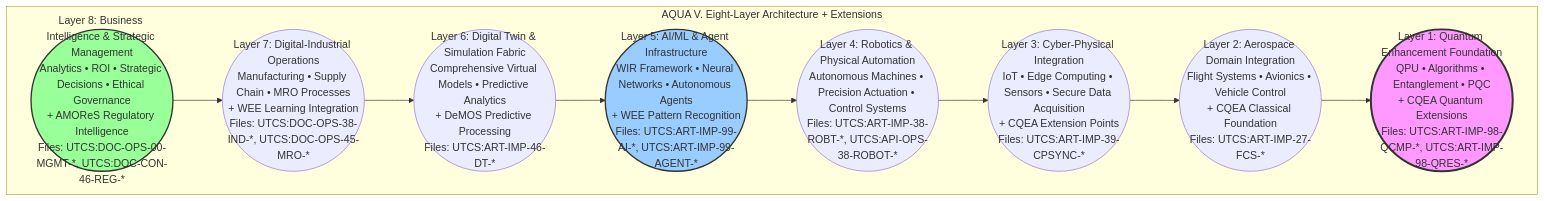
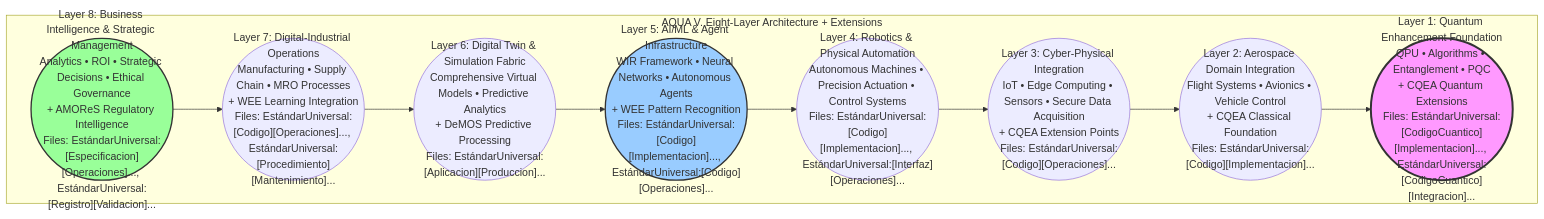
Before and after one commit to Robbbo-T/AQUA: the first of 3 diagrams in README.md, drawn with Mermaid. The commit also changed other lines of this file, not shown here.

````diff
--- a/README.md
+++ b/README.md
@@ -421,19 +422,19 @@
 ```mermaid
 graph TB
     subgraph "AQUA V. Eight-Layer Architecture + Extensions"
-        L8(("Layer 8: Business Intelligence & Strategic Management<br/>Analytics • ROI • Strategic Decisions • Ethical Governance<br/>+ AMOReS Regulatory Intelligence<br/>Files: UTCS:DOC-OPS-00-MGMT-*, UTCS:DOC-CON-46-REG-*"))
-        L7(("Layer 7: Digital-Industrial Operations<br/>Manufacturing • Supply Chain • MRO Processes<br/>+ WEE Learning Integration<br/>Files: UTCS:DOC-OPS-38-IND-*, UTCS:DOC-OPS-45-MRO-*"))
-        L6(("Layer 6: Digital Twin & Simulation Fabric<br/>Comprehensive Virtual Models • Predictive Analytics<br/>+ DeMOS Predictive Processing<br/>Files: UTCS:ART-IMP-46-DT-*"))
-        L5(("Layer 5: AI/ML & Agent Infrastructure<br/>WIR Framework • Neural Networks • Autonomous Agents<br/>+ WEE Pattern Recognition<br/>Files: UTCS:ART-IMP-99-AI-*, UTCS:ART-IMP-99-AGENT-*"))
-        L4(("Layer 4: Robotics & Physical Automation<br/>Autonomous Machines • Precision Actuation • Control Systems<br/>Files: UTCS:ART-IMP-38-ROBT-*, UTCS:API-OPS-38-ROBOT-*"))
-        L3(("Layer 3: Cyber-Physical Integration<br/>IoT • Edge Computing • Sensors • Secure Data Acquisition<br/>+ CQEA Extension Points<br/>Files: UTCS:ART-IMP-39-CPSYNC-*"))
-        L2(("Layer 2: Aerospace Domain Integration<br/>Flight Systems • Avionics • Vehicle Control<br/>+ CQEA Classical Foundation<br/>Files: UTCS:ART-IMP-27-FCS-*"))
-        L1(("Layer 1: Quantum Enhancement Foundation<br/>QPU • Algorithms • Entanglement • PQC<br/>+ CQEA Quantum Extensions<br/>Files: UTCS:ART-IMP-98-QCMP-*, UTCS:ART-IMP-98-QRES-*"))
+        L8(("Layer 8: Business Intelligence & Strategic Management<br/>Analytics • ROI • Strategic Decisions • Ethical Governance<br/>+ AMOReS Regulatory Intelligence<br/>Files: EstándarUniversal:[Especificacion][Operaciones]..., EstándarUniversal:[Registro][Validacion]..."))
+        L7(("Layer 7: Digital-Industrial Operations<br/>Manufacturing • Supply Chain • MRO Processes<br/>+ WEE Learning Integration<br/>Files: EstándarUniversal:[Codigo][Operaciones]..., EstándarUniversal:[Procedimiento][Mantenimiento]..."))
+        L6(("Layer 6: Digital Twin & Simulation Fabric<br/>Comprehensive Virtual Models • Predictive Analytics<br/>+ DeMOS Predictive Processing<br/>Files: EstándarUniversal:[Aplicacion][Produccion]..."))
+        L5(("Layer 5: AI/ML & Agent Infrastructure<br/>WIR Framework • Neural Networks • Autonomous Agents<br/>+ WEE Pattern Recognition<br/>Files: EstándarUniversal:[Codigo][Implementacion]..., EstándarUniversal:[Codigo][Operaciones]..."))
+        L4(("Layer 4: Robotics & Physical Automation<br/>Autonomous Machines • Precision Actuation • Control Systems<br/>Files: EstándarUniversal:[Codigo][Implementacion]..., EstándarUniversal:[Interfaz][Operaciones]..."))
+        L3(("Layer 3: Cyber-Physical Integration<br/>IoT • Edge Computing • Sensors • Secure Data Acquisition<br/>+ CQEA Extension Points<br/>Files: EstándarUniversal:[Codigo][Operaciones]..."))
+        L2(("Layer 2: Aerospace Domain Integration<br/>Flight Systems • Avionics • Vehicle Control<br/>+ CQEA Classical Foundation<br/>Files: EstándarUniversal:[Codigo][Implementacion]..."))
+        L1(("Layer 1: Quantum Enhancement Foundation<br/>QPU • Algorithms • Entanglement • PQC<br/>+ CQEA Quantum Extensions<br/>Files: EstándarUniversal:[CodigoCuantico][Implementacion]..., EstándarUniversal:[CodigoCuantico][Integracion]..."))
     end
     
     L8 --> L7 --> L6 --> L5 --> L4 --> L3 --> L2 --> L1
     
     style L1 fill:#ff99ff,stroke:#333,stroke-width:3px
     style L5 fill:#99ccff,stroke:#333,stroke-width:2px
     style L8 fill:#99ff99,stroke:#333,stroke-width:2px
 ```
````
